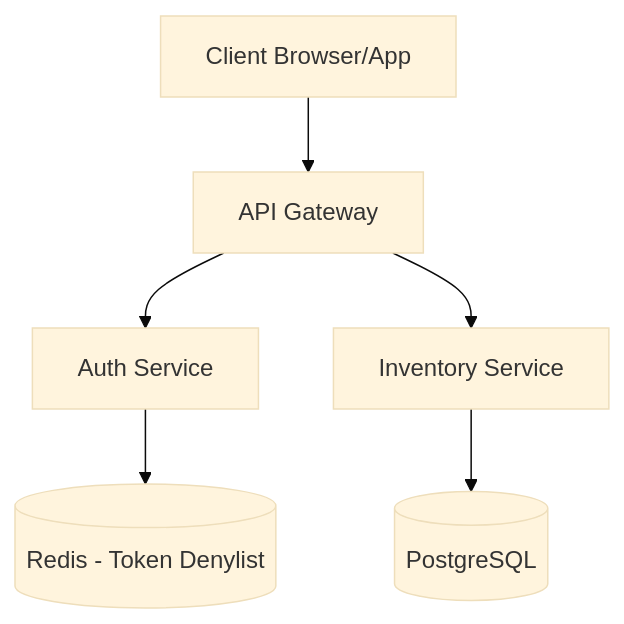
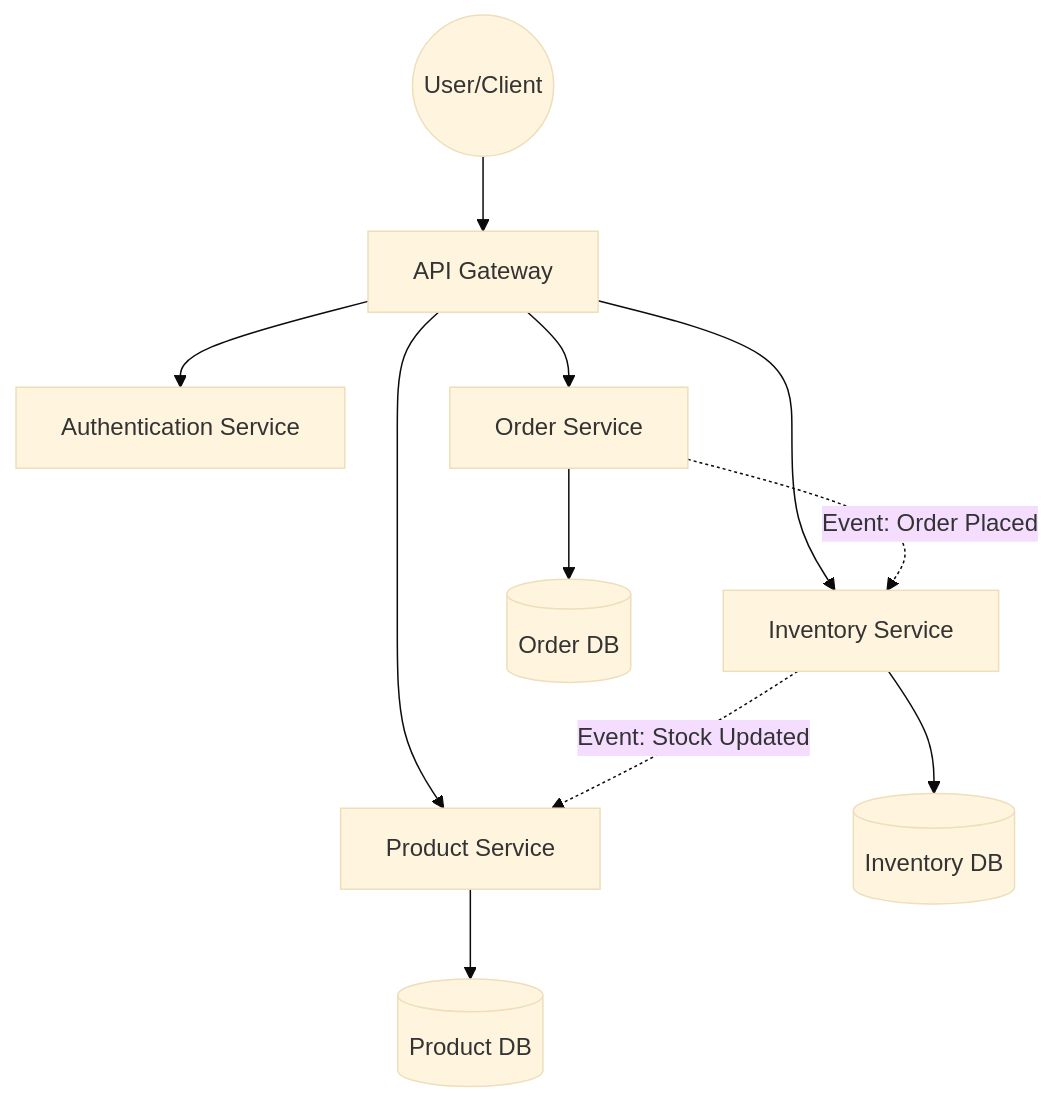
Before and after one commit to Gihan-1994/Architect-Agent: the diagram in output/inventory-management-architecture.md, drawn with Mermaid (base theme). The commit also changed other lines of this file and 11 other files, not shown here.

````diff
--- a/output/inventory-management-architecture.md
+++ b/output/inventory-management-architecture.md
@@ -23,8 +11,15 @@
 ```mermaid
 graph TD
-    Client[Client Browser/App] --> Gateway[API Gateway]
-    Gateway --> Auth[Auth Service]
-    Gateway --> Inventory[Inventory Service]
-    Inventory --> DB[(PostgreSQL)]
-    Auth --> Redis[(Redis - Token Denylist)]
+    User((User/Client)) --> API_Gateway[API Gateway]
+    API_Gateway --> Auth_Service[Authentication Service]
+    API_Gateway --> Product_Service[Product Service]
+    API_Gateway --> Inventory_Service[Inventory Service]
+    API_Gateway --> Order_Service[Order Service]
+    
+    Product_Service --> Product_DB[(Product DB)]
+    Inventory_Service --> Inventory_DB[(Inventory DB)]
+    Order_Service --> Order_DB[(Order DB)]
+    
+    Inventory_Service -.->|Event: Stock Updated| Product_Service
+    Order_Service -.->|Event: Order Placed| Inventory_Service
 ```
````
